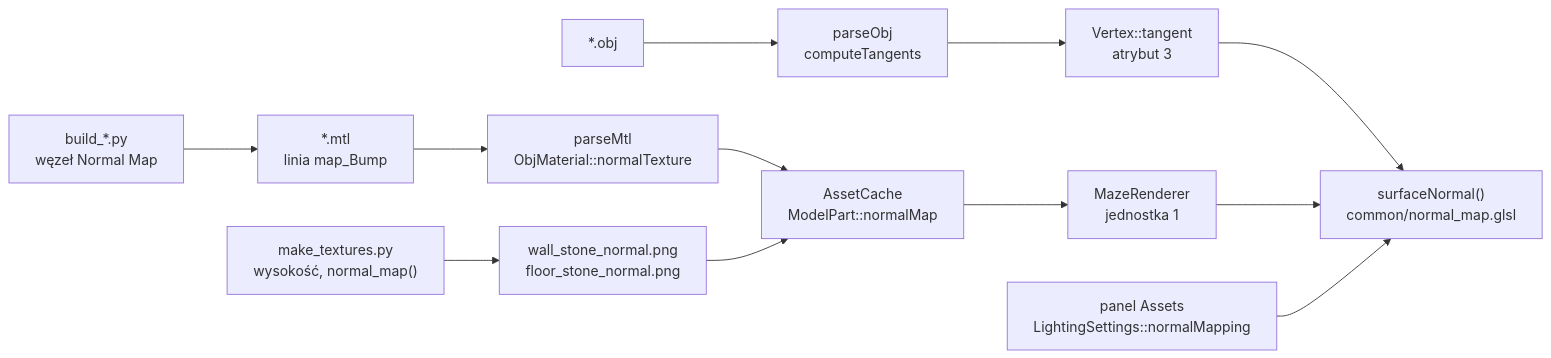
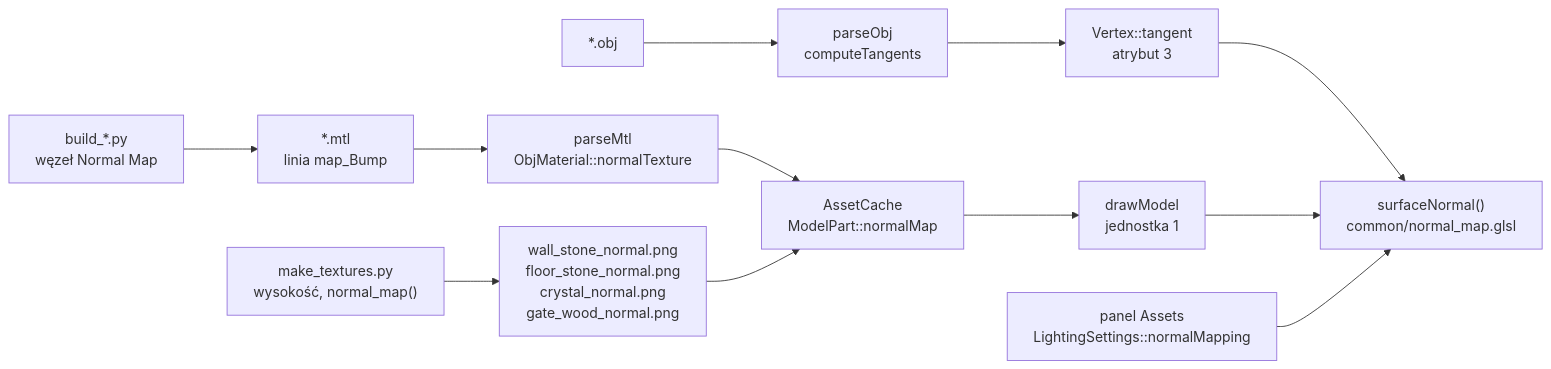
Before and after one commit to Shironex/night-maze: the second of 2 diagrams in docs/modules/gfx/normal-mapping.md, drawn with Mermaid. The commit also changed other lines of this file and 50 other files, not shown here.

Commit message:
feat(game): draw crystals and the gate and retire the demo cube

````diff
--- a/docs/modules/gfx/normal-mapping.md
+++ b/docs/modules/gfx/normal-mapping.md
@@ -532,14 +536,14 @@
 ```mermaid
 flowchart LR
-    Script["make_textures.py<br/>wysokość, normal_map()"] --> Png["wall_stone_normal.png<br/>floor_stone_normal.png"]
+    Script["make_textures.py<br/>wysokość, normal_map()"] --> Png["wall_stone_normal.png<br/>floor_stone_normal.png<br/>crystal_normal.png<br/>gate_wood_normal.png"]
     Build["build_*.py<br/>węzeł Normal Map"] --> Mtl["*.mtl<br/>linia map_Bump"]
     Mtl --> Parser["parseMtl<br/>ObjMaterial::normalTexture"]
     Obj["*.obj"] --> ParseObj["parseObj<br/>computeTangents"]
     ParseObj --> Vertex["Vertex::tangent<br/>atrybut 3"]
     Parser --> Cache["AssetCache<br/>ModelPart::normalMap"]
     Png --> Cache
-    Cache --> Renderer["MazeRenderer<br/>jednostka 1"]
+    Cache --> Renderer["drawModel<br/>jednostka 1"]
     Vertex --> Shader["surfaceNormal()<br/>common/normal_map.glsl"]
     Renderer --> Shader
     Toggle["panel Assets<br/>LightingSettings::normalMapping"] --> Shader
 ```
````
